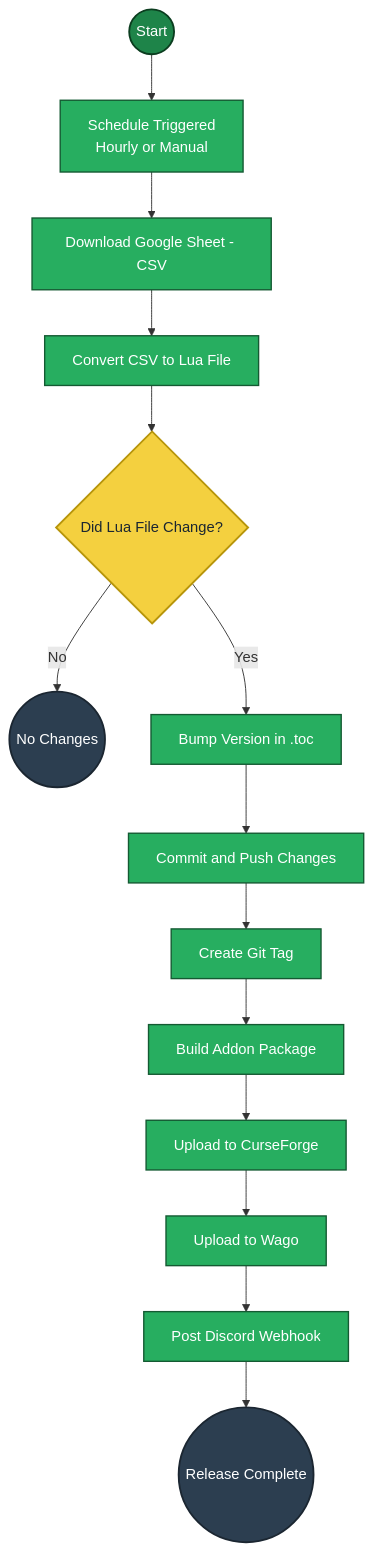
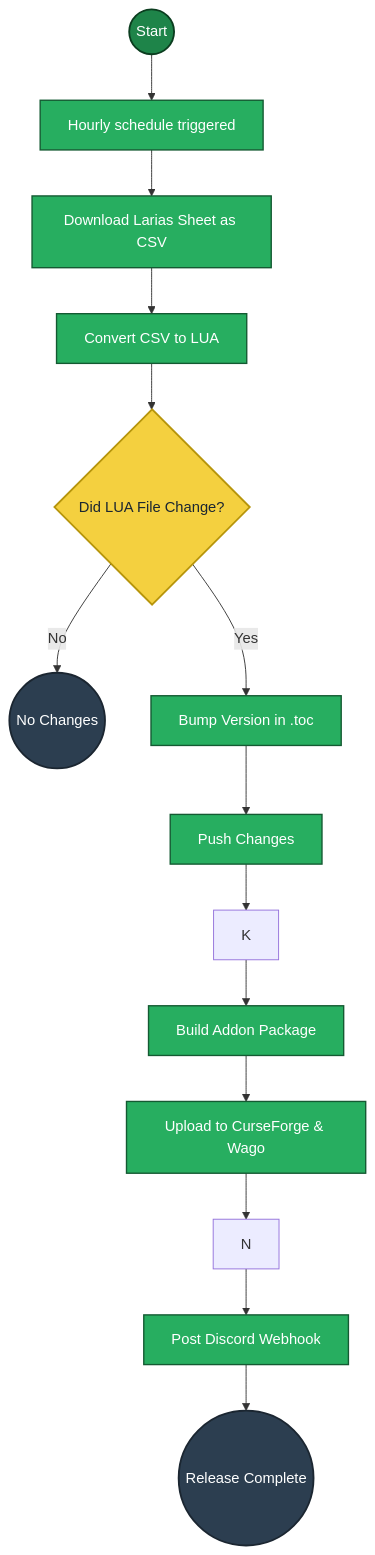
One commit to Devbezos/Larias-Weekly-Checklist changed the diagram in README.md. Above: the diagram before and after it, drawn with Mermaid.

````diff
--- a/README.md
+++ b/README.md
@@ -1,30 +1,28 @@
 ```mermaid
 flowchart TD
 
     A((Start)):::start
-    B[Schedule Triggered<br/>Hourly or Manual]:::process
-    E[Download Google Sheet - CSV]:::process
-    F[Convert CSV to Lua File]:::process
-    G{Did Lua File Change?}:::decision
+    B[Hourly schedule triggered]:::process
+    E[Download Larias Sheet as CSV]:::process
+    F[Convert CSV to LUA]:::process
+    G{Did LUA File Change?}:::decision
 
     H((No Changes)):::finish
     I[Bump Version in .toc]:::process
-    J[Commit and Push Changes]:::process
-    K[Create Git Tag]:::process
+    J[Push Changes]:::process
     L[Build Addon Package]:::process
-    M[Upload to CurseForge]:::process
-    N[Upload to Wago]:::process
+    M[Upload to CurseForge & Wago]:::process
     O[Post Discord Webhook]:::process
     P((Release Complete)):::finish
 
     A --> B --> E --> F --> G
     G -- No --> H
     G -- Yes --> I --> J --> K --> L --> M --> N --> O --> P
 
 classDef start fill:#1E8449,color:#FFFFFF,stroke:#0B3D1F,stroke-width:2px;
 classDef process fill:#27AE60,color:#FFFFFF,stroke:#145A32,stroke-width:1.5px;
 classDef decision fill:#F4D03F,color:#1B2631,stroke:#B7950B,stroke-width:2px;
 classDef finish fill:#2C3E50,color:#FFFFFF,stroke:#1B2631,stroke-width:2px;
 
 
 ```
````
